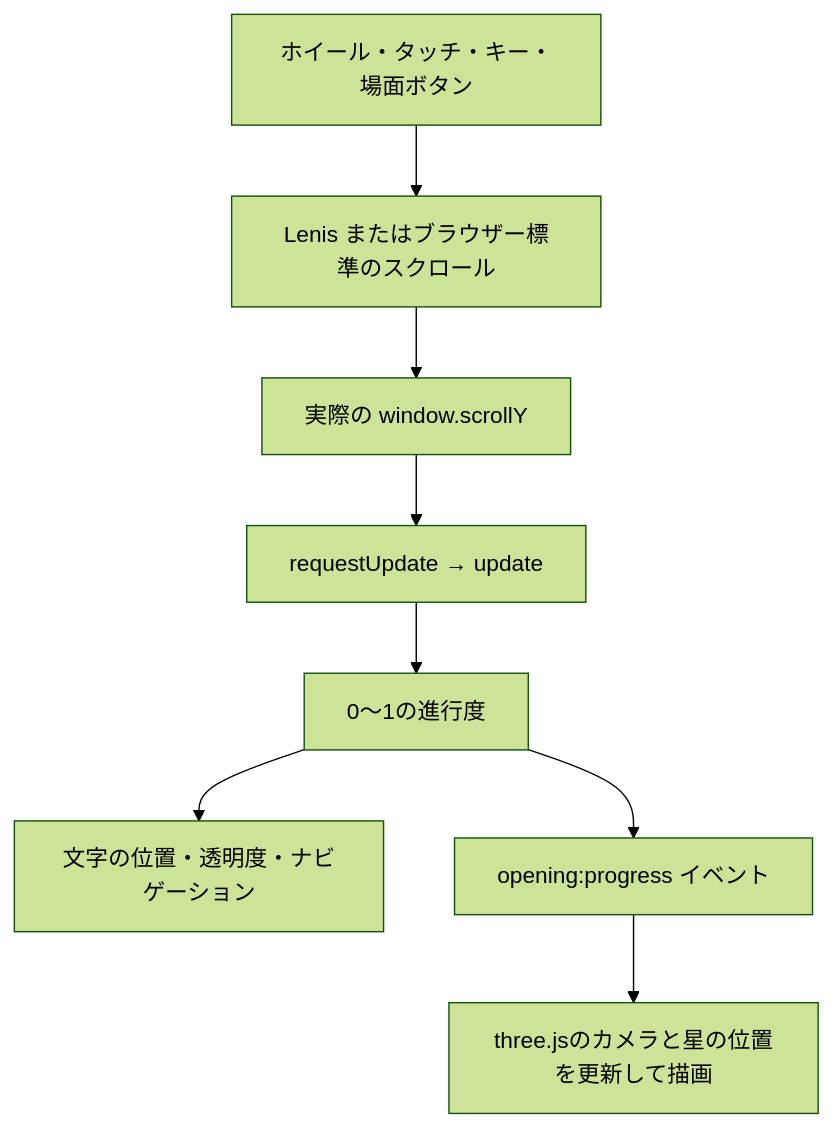
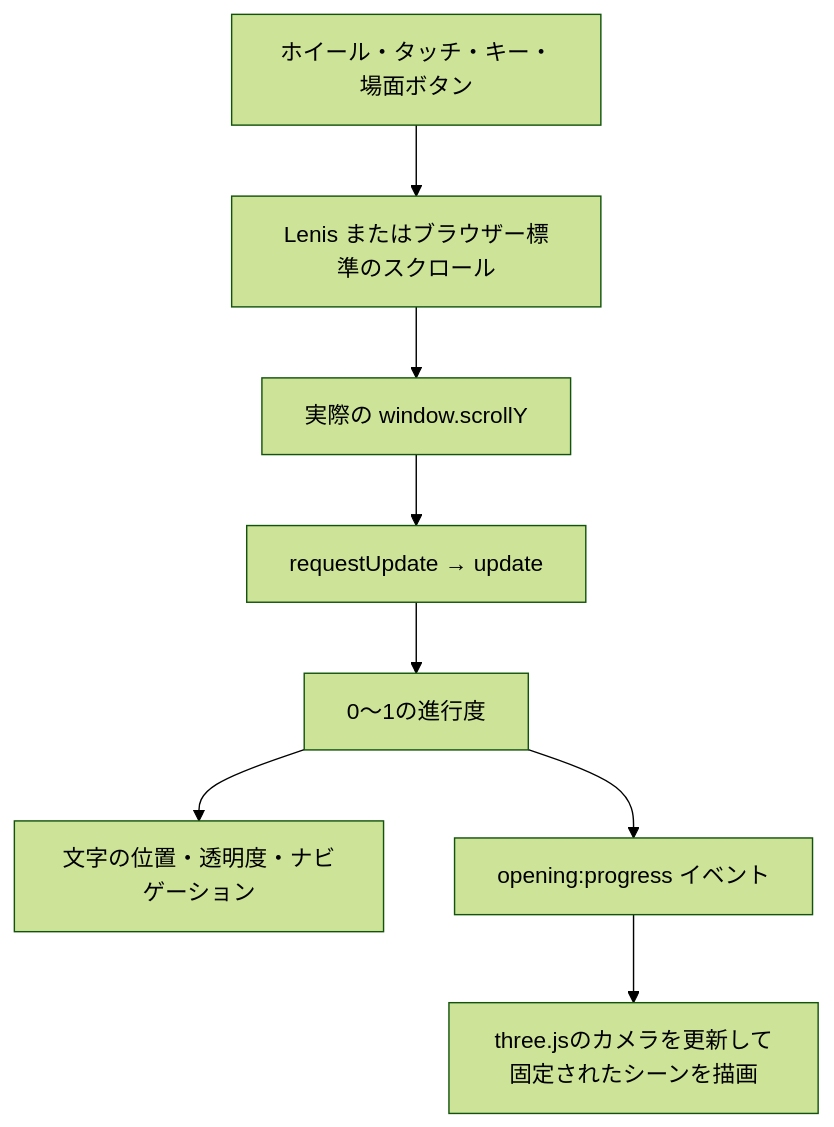
One commit to tktkaws/scroll_wars_jama changed the diagram in README.md. Above: the diagram before and after it, drawn with Mermaid (forest theme). The commit also changed other lines of this file, not shown here.

````diff
--- a/README.md
+++ b/README.md
@@ -75,10 +75,10 @@
 ```mermaid
 flowchart TD
     Input[ホイール・タッチ・キー・場面ボタン] --> Scroll[Lenis またはブラウザー標準のスクロール]
     Scroll --> Position[実際の window.scrollY]
     Position --> Update[requestUpdate → update]
     Update --> Progress[0〜1の進行度]
     Progress --> Text[文字の位置・透明度・ナビゲーション]
     Progress --> Event[opening:progress イベント]
-    Event --> Stars[three.jsのカメラと星の位置を更新して描画]
+    Event --> Stars[three.jsのカメラを更新して固定されたシーンを描画]
 ```
````
